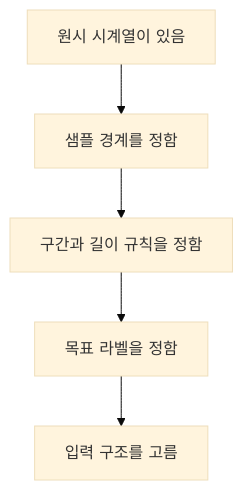
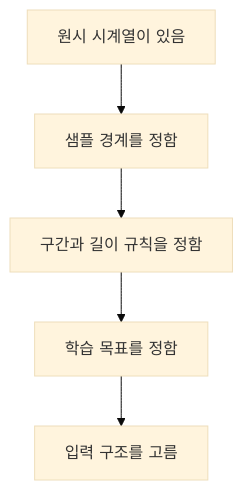
One commit to devchan64/AiBook changed the diagram in docs/assets/part-03/chapter-05/p3-5-3-mermaid-01-ko.mmd. Above: the diagram before and after it, drawn with Mermaid (base theme). The commit also changed 167 other files, not shown here.

````diff
--- a/docs/assets/part-03/chapter-05/p3-5-3-mermaid-01-ko.mmd
+++ b/docs/assets/part-03/chapter-05/p3-5-3-mermaid-01-ko.mmd
@@ -1,10 +1,10 @@
 ```mermaid
 flowchart TD
     R[원시 시계열이 있음]
     S[샘플 경계를 정함]
     G[구간과 길이 규칙을 정함]
-    L[목표 라벨을 정함]
+    L[학습 목표를 정함]
     I[입력 구조를 고름]
 
     R --> S --> G --> L --> I
 ```
````
